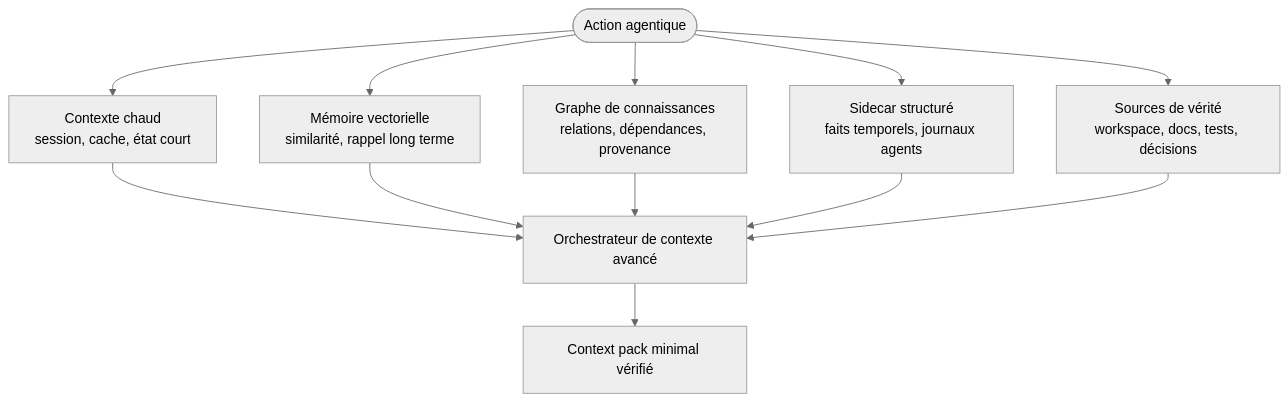
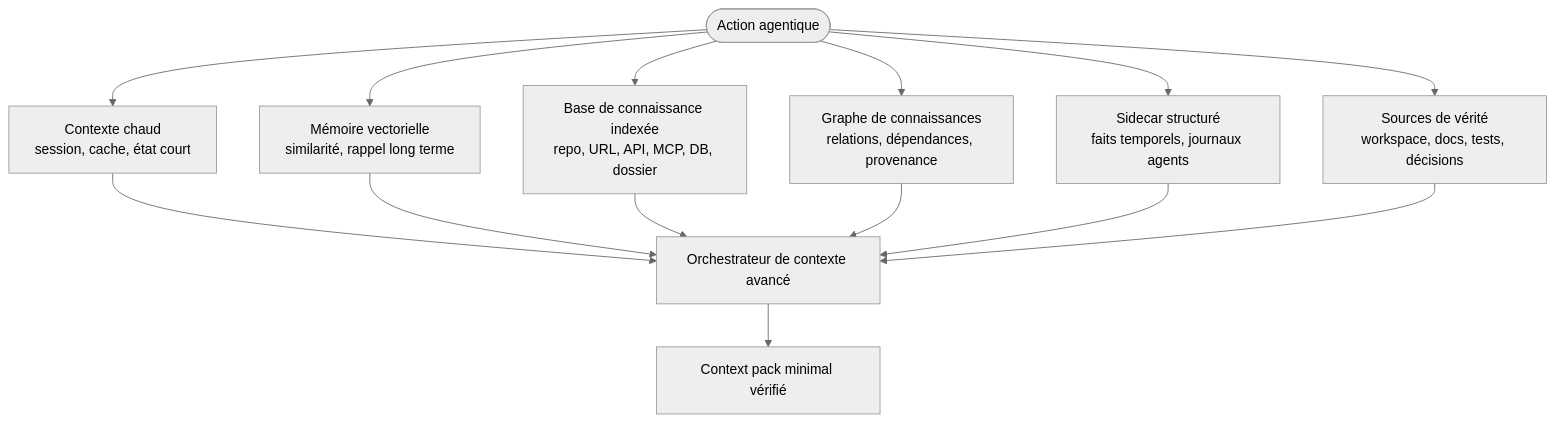
Before and after one commit to Guilhem-Bonnet/processus-developpement-agentique: the diagram in docs/memoire-hybride-agentique.md, drawn with Mermaid (neutral theme). The commit also changed other lines of this file and 70 other files, not shown here.

````diff
--- a/docs/memoire-hybride-agentique.md
+++ b/docs/memoire-hybride-agentique.md
@@ -9,14 +9,16 @@
 ```mermaid
 flowchart TD
     A([Action agentique]) --> B["Contexte chaud<br/>session, cache, état court"]
     A --> C["Mémoire vectorielle<br/>similarité, rappel long terme"]
+    A --> C2["Base de connaissance indexée<br/>repo, URL, API, MCP, DB, dossier"]
     A --> D["Graphe de connaissances<br/>relations, dépendances, provenance"]
     A --> E["Sidecar structuré<br/>faits temporels, journaux agents"]
     A --> F["Sources de vérité<br/>workspace, docs, tests, décisions"]
     B --> G["Orchestrateur de contexte avancé"]
     C --> G
+    C2 --> G
     D --> G
     E --> G
     F --> G
     G --> H["Context pack minimal vérifié"]
 ```
````
